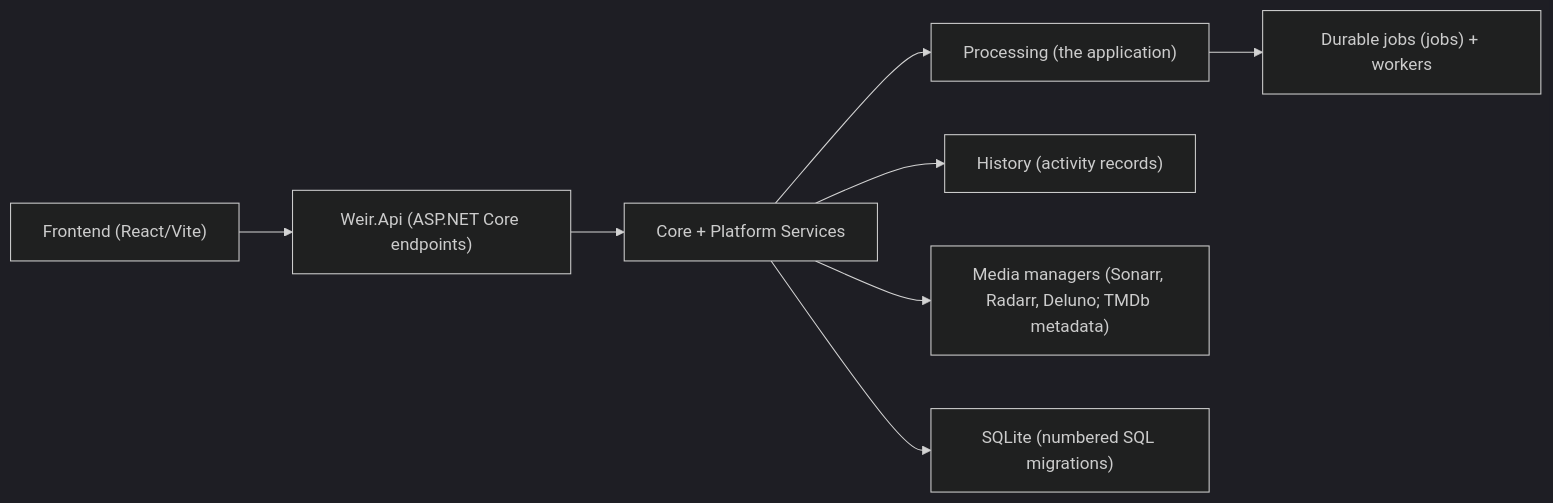
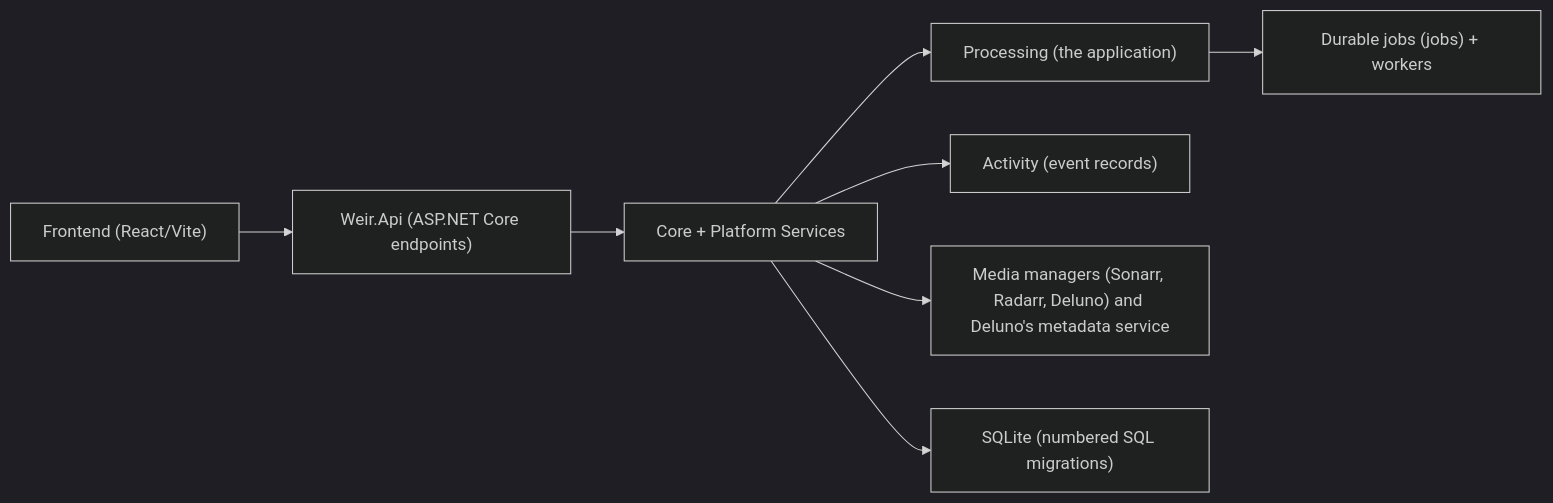
One commit to jampat000/Weir changed the first of 2 diagrams in ARCHITECTURE.md. Above: the diagram before and after it, drawn with Mermaid (dark theme). The commit also changed other lines of this file and 1393 other files, not shown here.

````diff
--- a/ARCHITECTURE.md
+++ b/ARCHITECTURE.md
@@ -51,10 +51,10 @@
 ```mermaid
 flowchart LR
   UI["Frontend (React/Vite)"] --> API["Weir.Api (ASP.NET Core endpoints)"]
   API --> Core["Core + Platform Services"]
   Core --> Processing["Processing (the application)"]
-  Core --> History["History (activity records)"]
-  Core --> Integrations["Media managers (Sonarr, Radarr, Deluno; TMDb metadata)"]
+  Core --> Activity["Activity (event records)"]
+  Core --> Integrations["Media managers (Sonarr, Radarr, Deluno) and Deluno's metadata service"]
   Core --> DB["SQLite (numbered SQL migrations)"]
   Processing --> Jobs["Durable jobs (jobs) + workers"]
 ```
````
